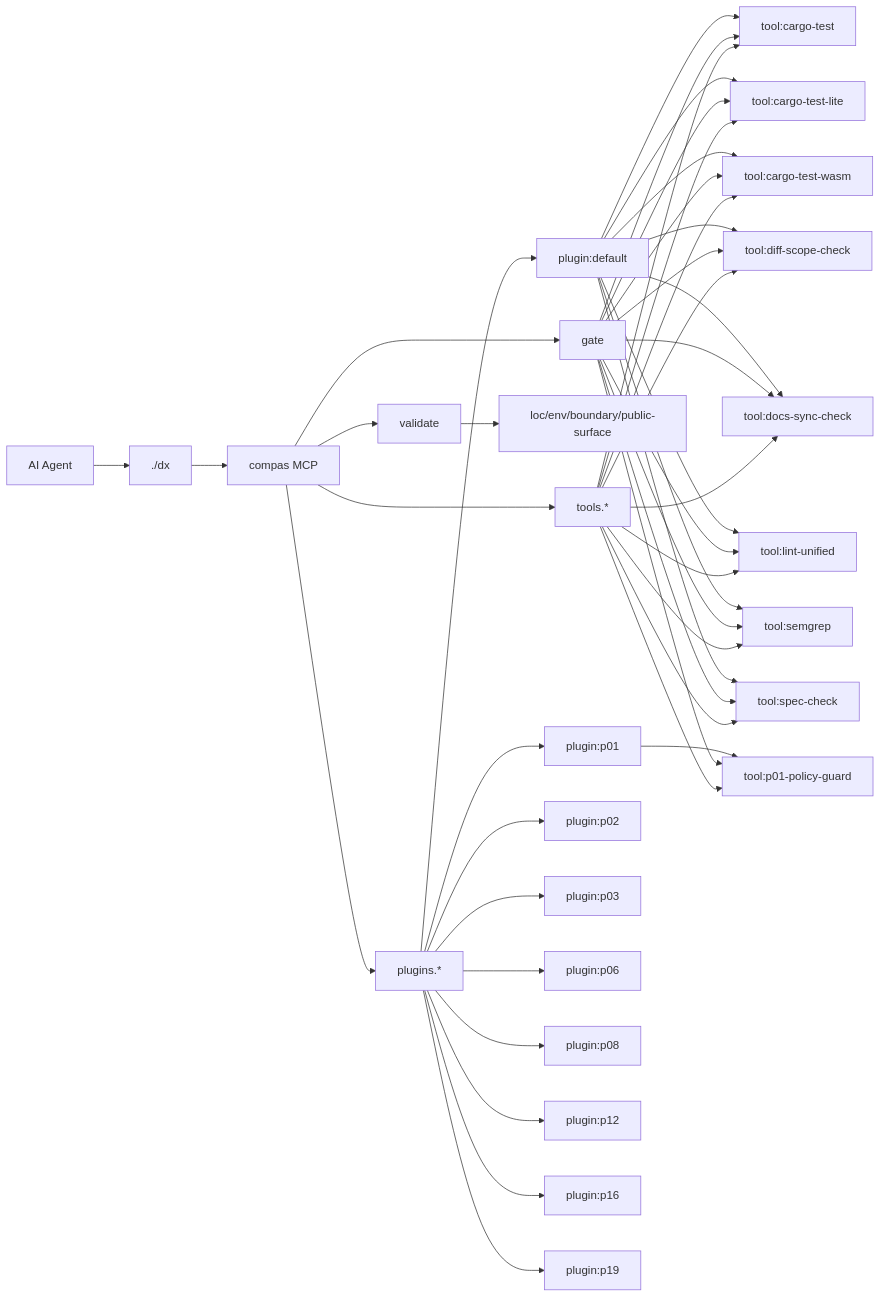
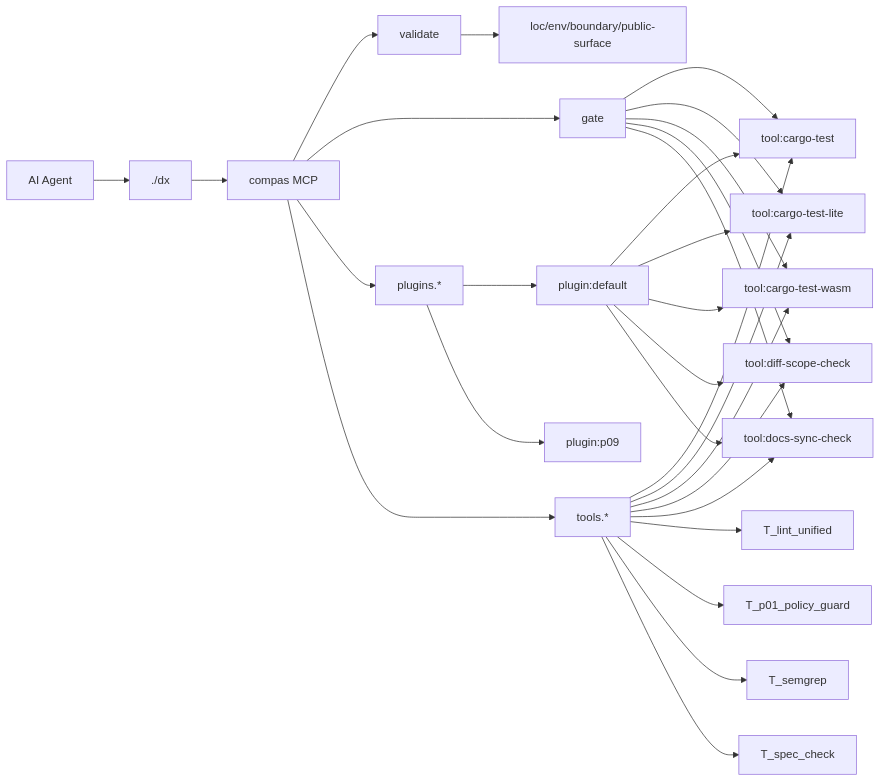
Before and after one commit to AmirTlinov/compas: the diagram in AGENTS.md, drawn with Mermaid. The commit also changed other lines of this file and 3 other files, not shown here.

Commit message:
p09: move supply_chain check into dedicated plugin

````diff
--- a/AGENTS.md
+++ b/AGENTS.md
@@ -63,46 +56,31 @@
 ```mermaid
 flowchart LR
   Agent[AI Agent] --> DX[./dx]
   DX --> MCP[compas MCP]
   MCP --> V[validate]
   MCP --> G[gate]
   MCP --> PL[plugins.*]
   MCP --> TL[tools.*]
   V --> C1[loc/env/boundary/public-surface]
   PL --> P_default["plugin:default"]
   P_default --> T_cargo_test["tool:cargo-test"]
   G --> T_cargo_test
   P_default --> T_cargo_test_lite["tool:cargo-test-lite"]
   G --> T_cargo_test_lite
   P_default --> T_cargo_test_wasm["tool:cargo-test-wasm"]
   G --> T_cargo_test_wasm
   P_default --> T_diff_scope_check["tool:diff-scope-check"]
   G --> T_diff_scope_check
   P_default --> T_docs_sync_check["tool:docs-sync-check"]
   G --> T_docs_sync_check
-  P_default --> T_lint_unified["tool:lint-unified"]
-  G --> T_lint_unified
-  P_default --> T_semgrep["tool:semgrep"]
-  G --> T_semgrep
-  P_default --> T_spec_check["tool:spec-check"]
-  G --> T_spec_check
-  PL --> P_p01["plugin:p01"]
-  P_p01 --> T_p01_policy_guard["tool:p01-policy-guard"]
-  G --> T_p01_policy_guard
-  PL --> P_p02["plugin:p02"]
-  PL --> P_p03["plugin:p03"]
-  PL --> P_p06["plugin:p06"]
-  PL --> P_p08["plugin:p08"]
-  PL --> P_p12["plugin:p12"]
-  PL --> P_p16["plugin:p16"]
-  PL --> P_p19["plugin:p19"]
+  PL --> P_p09["plugin:p09"]
   TL --> T_cargo_test
   TL --> T_cargo_test_lite
   TL --> T_cargo_test_wasm
   TL --> T_diff_scope_check
   TL --> T_docs_sync_check
   TL --> T_lint_unified
   TL --> T_p01_policy_guard
   TL --> T_semgrep
   TL --> T_spec_check
 ```
````
